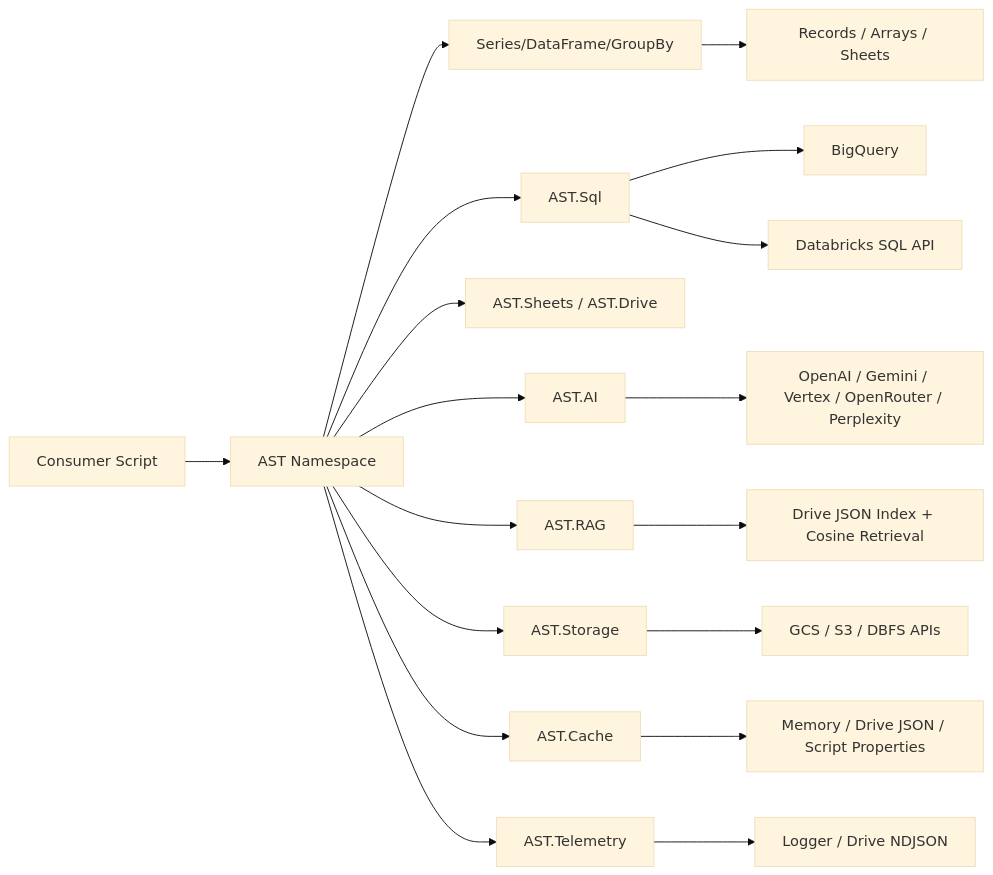
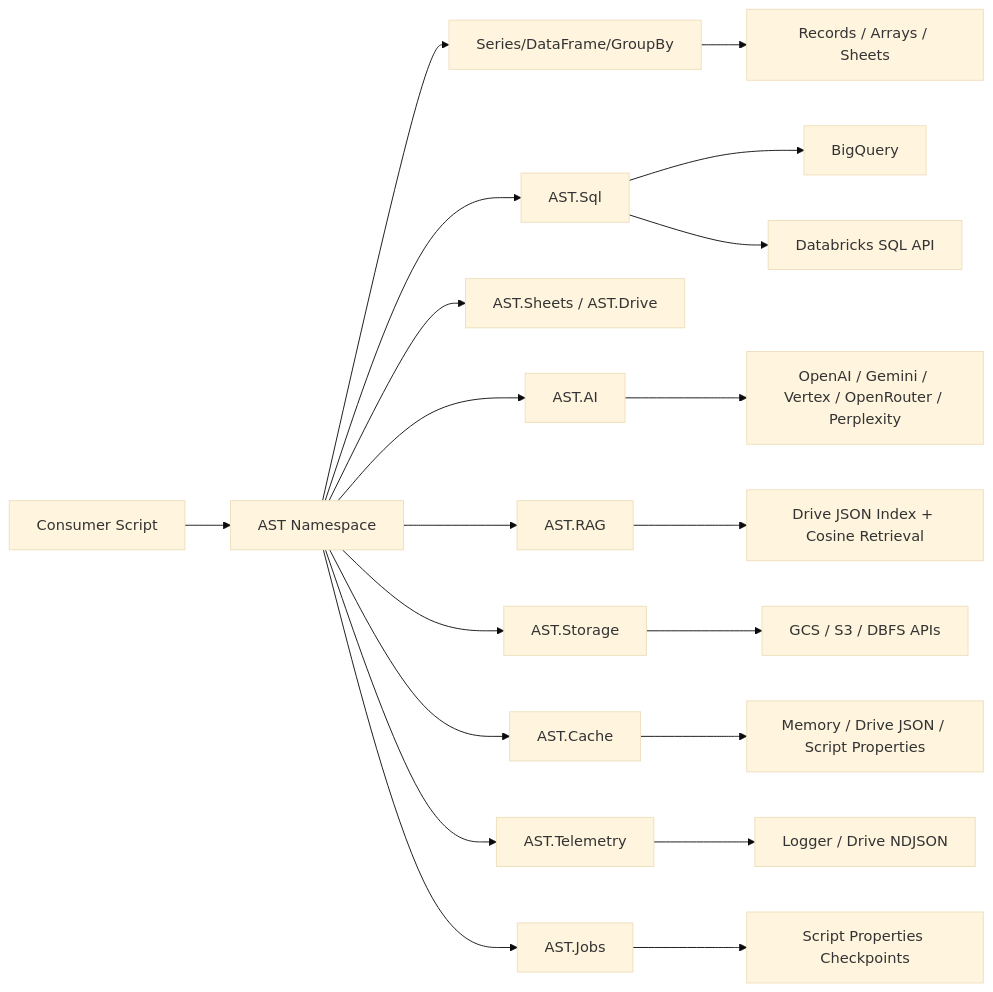
One commit to joe-broadhead/apps-script-tools changed the diagram in docs/index.md. Above: the diagram before and after it, drawn with Mermaid (base theme). The commit also changed other lines of this file and 7 other files, not shown here.

Commit message:
docs: sync AST Jobs namespace across docs

````diff
--- a/docs/index.md
+++ b/docs/index.md
@@ -30,20 +31,22 @@
 ```mermaid
 flowchart LR
     A[Consumer Script] --> B[AST Namespace]
     B --> C[Series/DataFrame/GroupBy]
     B --> D[AST.Sql]
     B --> E[AST.Sheets / AST.Drive]
     B --> I[AST.AI]
     B --> K[AST.RAG]
     B --> M[AST.Storage]
     B --> Q[AST.Cache]
     B --> O[AST.Telemetry]
+    B --> T[AST.Jobs]
     D --> F[BigQuery]
     D --> G[Databricks SQL API]
     I --> J[OpenAI / Gemini / Vertex / OpenRouter / Perplexity]
     K --> L[Drive JSON Index + Cosine Retrieval]
     M --> N[GCS / S3 / DBFS APIs]
     Q --> R[Memory / Drive JSON / Script Properties]
     O --> P[Logger / Drive NDJSON]
+    T --> U[Script Properties Checkpoints]
     C --> H[Records / Arrays / Sheets]
 ```
````
